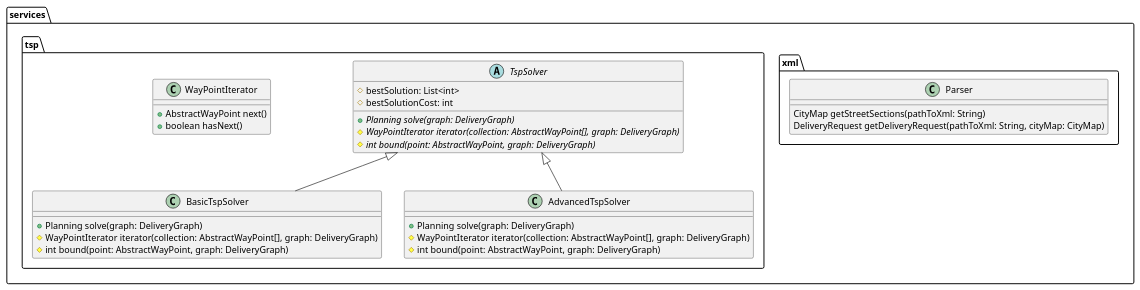
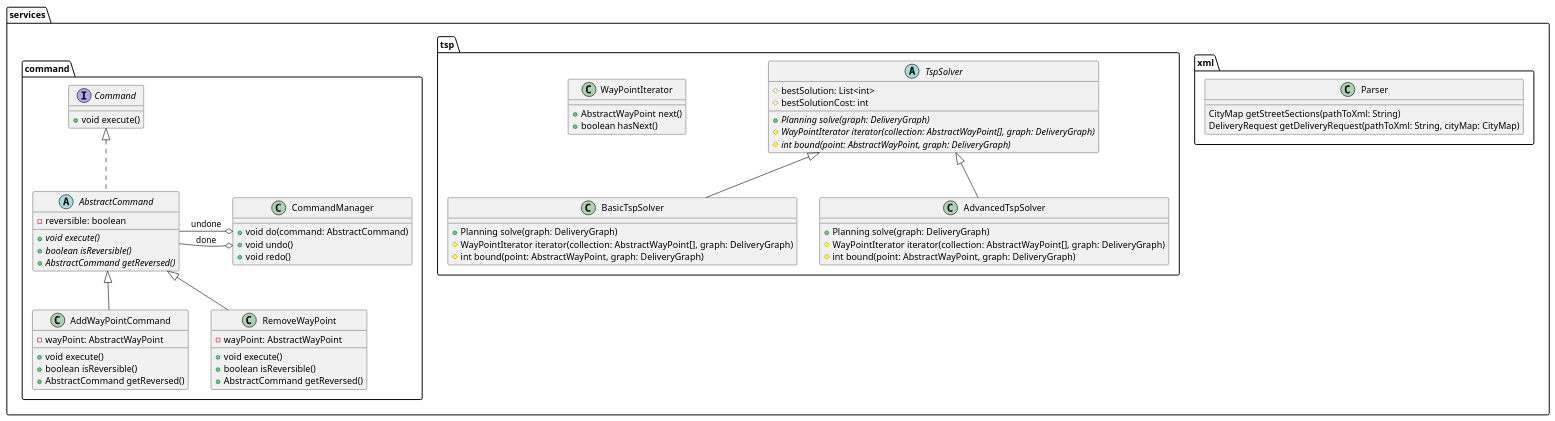
Before and after one commit to if-h4102/pld-agile: the diagram in docs/uml/package.services.puml, drawn with PlantUML.

Commit message:
Added package services.comand

```diff
--- a/docs/uml/package.services.puml
+++ b/docs/uml/package.services.puml
@@ -1,44 +1,82 @@
 @startuml
 
 package services {
     package xml {
         class Parser {
             CityMap getStreetSections(pathToXml: String)
             DeliveryRequest getDeliveryRequest(pathToXml: String, cityMap: CityMap)
         }
     }
 
     package tsp {
         abstract class TspSolver {
             #bestSolution: List<int>
             #bestSolutionCost: int
             +{abstract} Planning solve(graph: DeliveryGraph)
             #{abstract} WayPointIterator iterator(collection: AbstractWayPoint[], graph: DeliveryGraph)
             #{abstract} int bound(point: AbstractWayPoint, graph: DeliveryGraph)
         }
 
         class BasicTspSolver {
             +Planning solve(graph: DeliveryGraph)
             #WayPointIterator iterator(collection: AbstractWayPoint[], graph: DeliveryGraph)
             #int bound(point: AbstractWayPoint, graph: DeliveryGraph)
         }
 
         class AdvancedTspSolver {
             +Planning solve(graph: DeliveryGraph)
             #WayPointIterator iterator(collection: AbstractWayPoint[], graph: DeliveryGraph)
             #int bound(point: AbstractWayPoint, graph: DeliveryGraph)
         }
 
         class WayPointIterator {
             +AbstractWayPoint next()
             +boolean hasNext()
         }
 
         TspSolver <|-- BasicTspSolver
         TspSolver <|-- AdvancedTspSolver
     }
+
+    package command {
+        class CommandManager {
+            +void do(command: AbstractCommand)
+            +void undo()
+            +void redo()
+        }
+
+        interface Command {
+            +void execute()
+        }
+
+        abstract class AbstractCommand implements Command {
+            -reversible: boolean
+            +{abstract} void execute()
+            +{abstract} boolean isReversible()
+            +{abstract} AbstractCommand getReversed()
+        }
+
+        class AddWayPointCommand extends AbstractCommand {
+            -wayPoint: AbstractWayPoint
+            +void execute()
+            +boolean isReversible()
+            +AbstractCommand getReversed()
+        }
+
+        class RemoveWayPoint extends AbstractCommand {
+            -wayPoint: AbstractWayPoint
+            +void execute()
+            +boolean isReversible()
+            +AbstractCommand getReversed()
+        }
+
+        CommandManager o-left- AbstractCommand: done
+        CommandManager o-left- AbstractCommand: undone
+
+
+    }
 }
 
 
 
 @enduml
```
